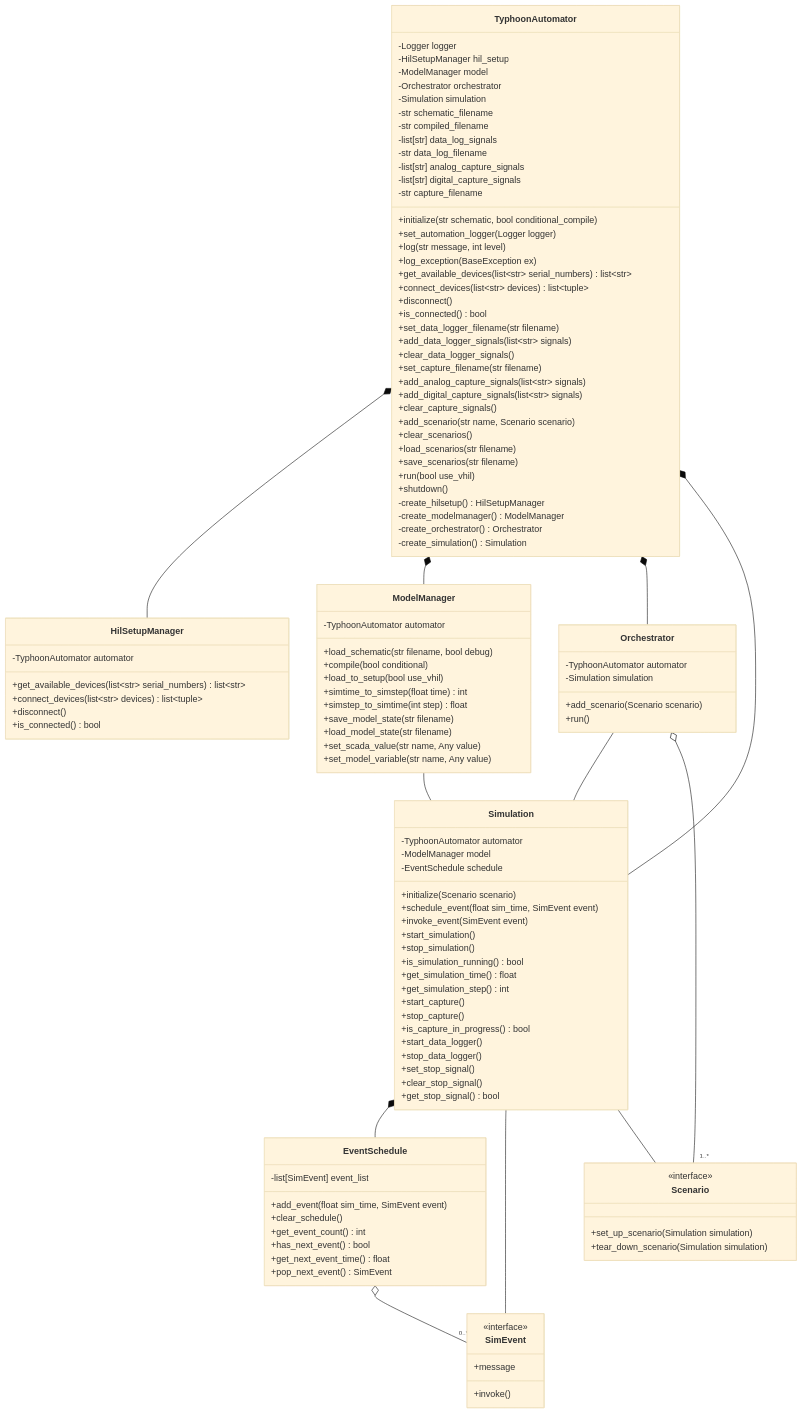
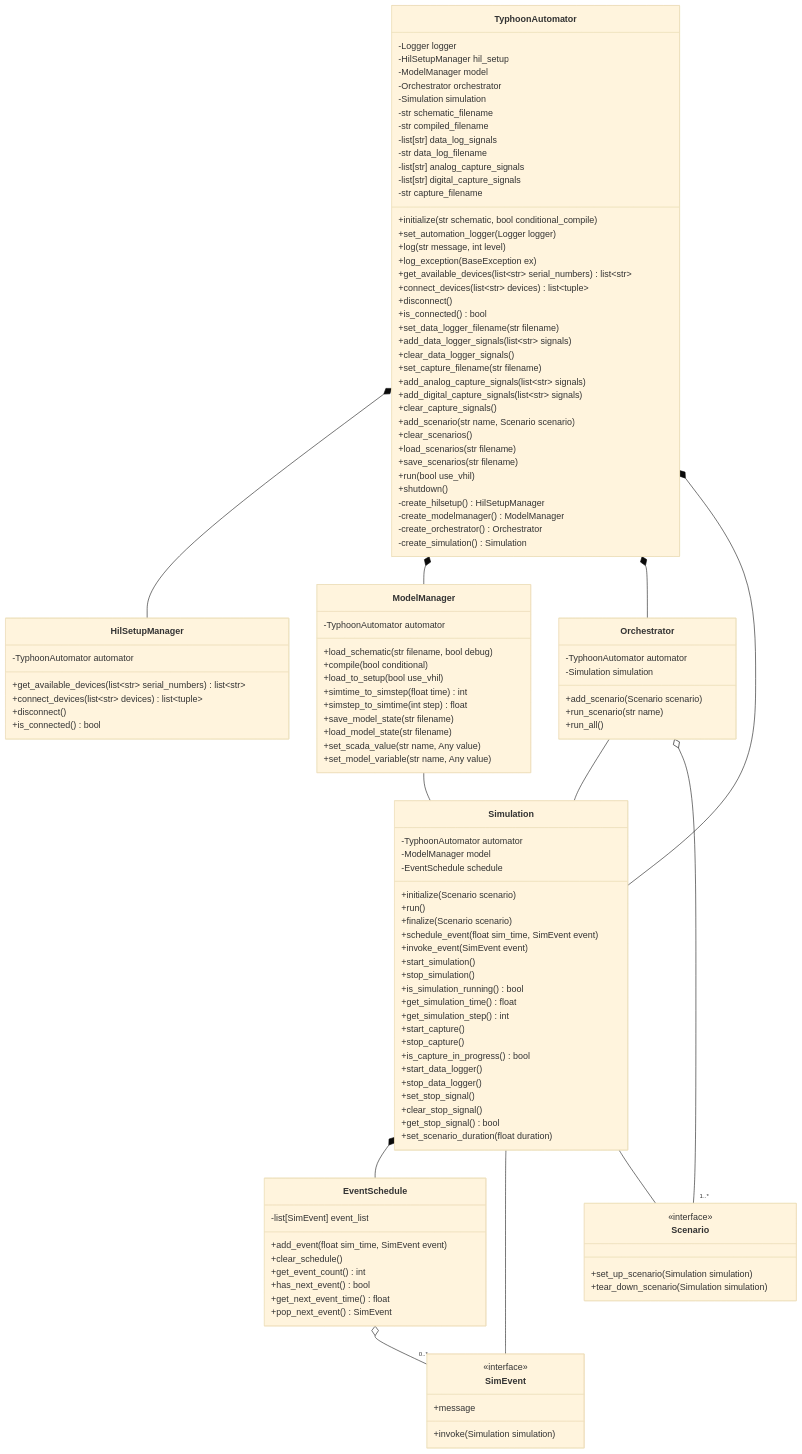
Before and after one commit to UWM-SEES/TyphoonAutomation: the diagram in docs/code/classes.md, drawn with Mermaid (base theme).

Commit message:
Update class documentation

```diff
--- a/docs/code/classes.md
+++ b/docs/code/classes.md
@@ -90,7 +90,8 @@
     -Simulation simulation
 
     +add_scenario(Scenario scenario)
-    +run()
+    +run_scenario(str name)
+    +run_all()
   }
 
   Orchestrator -- Simulation
@@ -102,6 +103,8 @@
     -EventSchedule schedule
 
     +initialize(Scenario scenario)
+    +run()
+    +finalize(Scenario scenario)
 
     +schedule_event(float sim_time, SimEvent event)
     +invoke_event(SimEvent event)
@@ -123,6 +126,8 @@
     +set_stop_signal()
     +clear_stop_signal()
     +get_stop_signal() bool
+
+    +set_scenario_duration(float duration)
   }
 
   Simulation *-- EventSchedule
@@ -147,7 +152,7 @@
   class SimEvent {
     <<interface>>
     +message
-    +invoke()
+    +invoke(Simulation simulation)
   }
 
   class Scenario {
```
